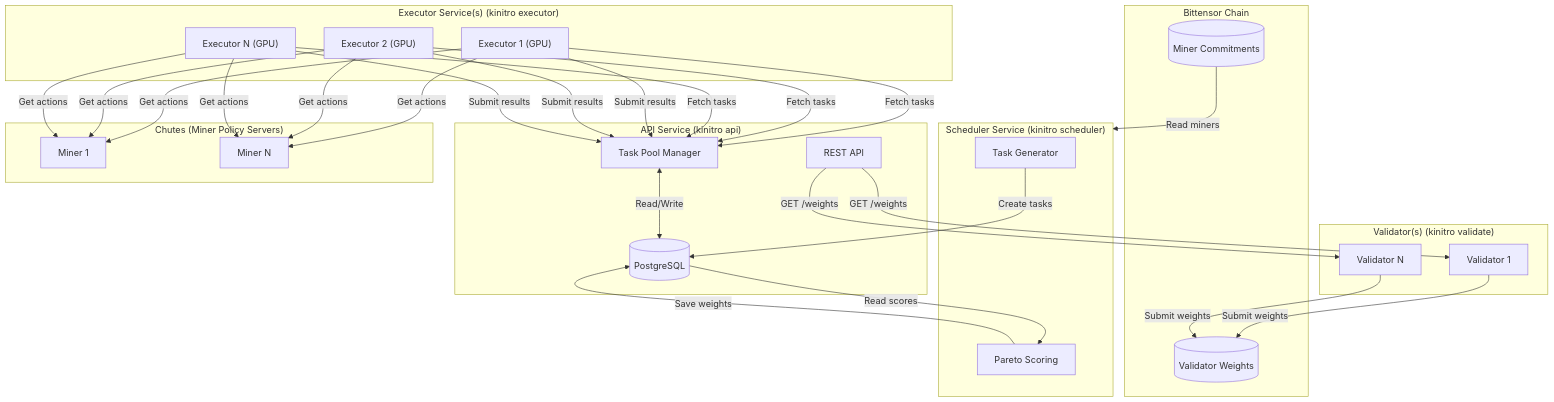
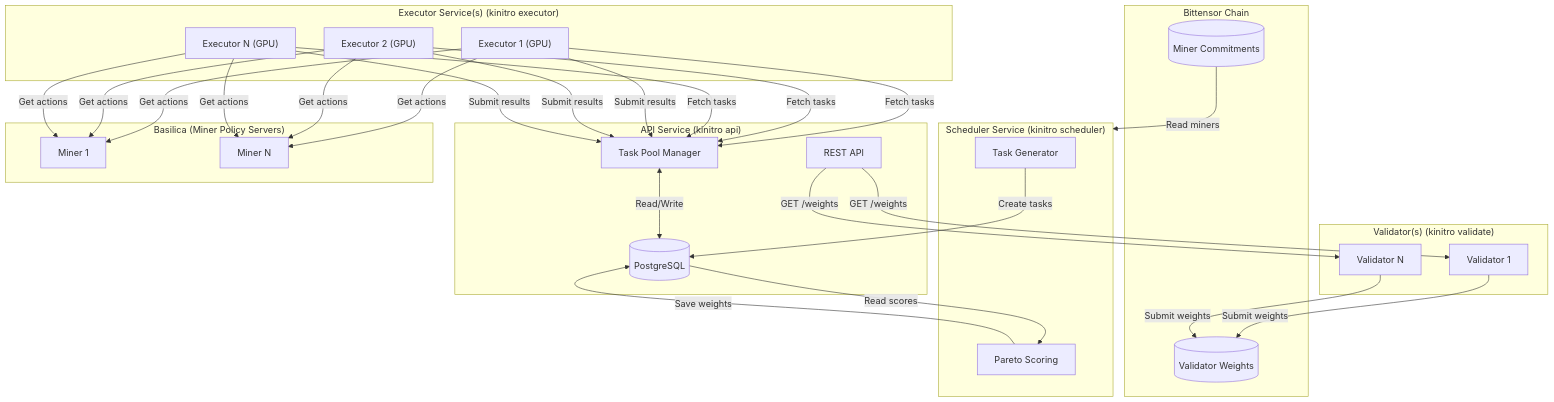
One commit to threetau/kinitro changed the diagram in README.md. Above: the diagram before and after it, drawn with Mermaid. The commit also changed other lines of this file and 17 other files, not shown here.

First line of the commit message:
feat: migrate deployment platform from Chutes to Basilica

````diff
--- a/README.md
+++ b/README.md
@@ -46,54 +46,54 @@
 ```mermaid
 flowchart TB
     subgraph Chain["Bittensor Chain"]
         Commitments[("Miner Commitments")]
         Weights[("Validator Weights")]
     end
 
     subgraph API["API Service (kinitro api)"]
         RestAPI["REST API"]
         TaskPool["Task Pool Manager"]
         DB[("PostgreSQL")]
     end
 
     subgraph Scheduler["Scheduler Service (kinitro scheduler)"]
         TaskGen["Task Generator"]
         Scoring["Pareto Scoring"]
     end
 
     subgraph Executor["Executor Service(s) (kinitro executor)"]
         E1["Executor 1 (GPU)"]
         E2["Executor 2 (GPU)"]
         En["Executor N (GPU)"]
     end
 
     subgraph Validators["Validator(s) (kinitro validate)"]
         V1["Validator 1"]
         Vn["Validator N"]
     end
 
-    subgraph Chutes["Chutes (Miner Policy Servers)"]
+    subgraph Basilica["Basilica (Miner Policy Servers)"]
         M1["Miner 1"]
         Mn["Miner N"]
     end
 
     %% Chain interactions
     Commitments -->|"Read miners"| Scheduler
     V1 & Vn -->|"Submit weights"| Weights
 
     %% Scheduler flow
     TaskGen -->|"Create tasks"| DB
     DB -->|"Read scores"| Scoring
     Scoring -->|"Save weights"| DB
 
     %% Executor flow
     E1 & E2 & En -->|"Fetch tasks"| TaskPool
     E1 & E2 & En -->|"Submit results"| TaskPool
     TaskPool <-->|"Read/Write"| DB
 
     %% Executor to Miners
     E1 & E2 & En -->|"Get actions"| M1 & Mn
 
     %% Validator flow
     RestAPI -->|"GET /weights"| V1 & Vn
 ```
````
